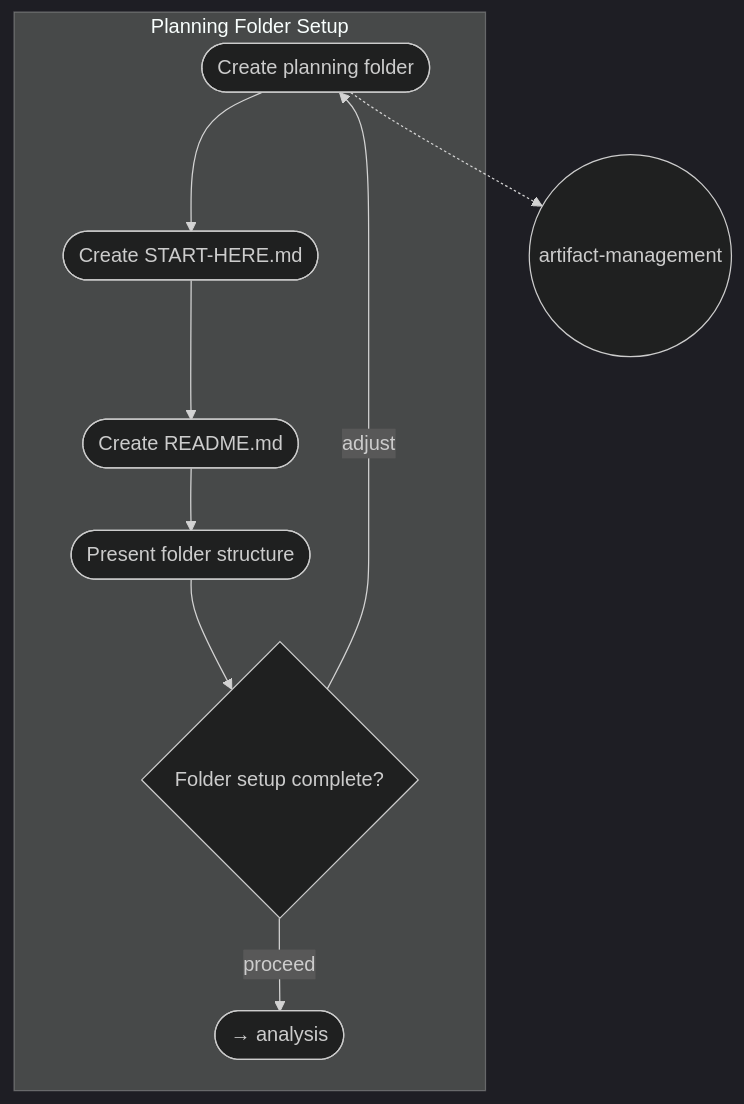
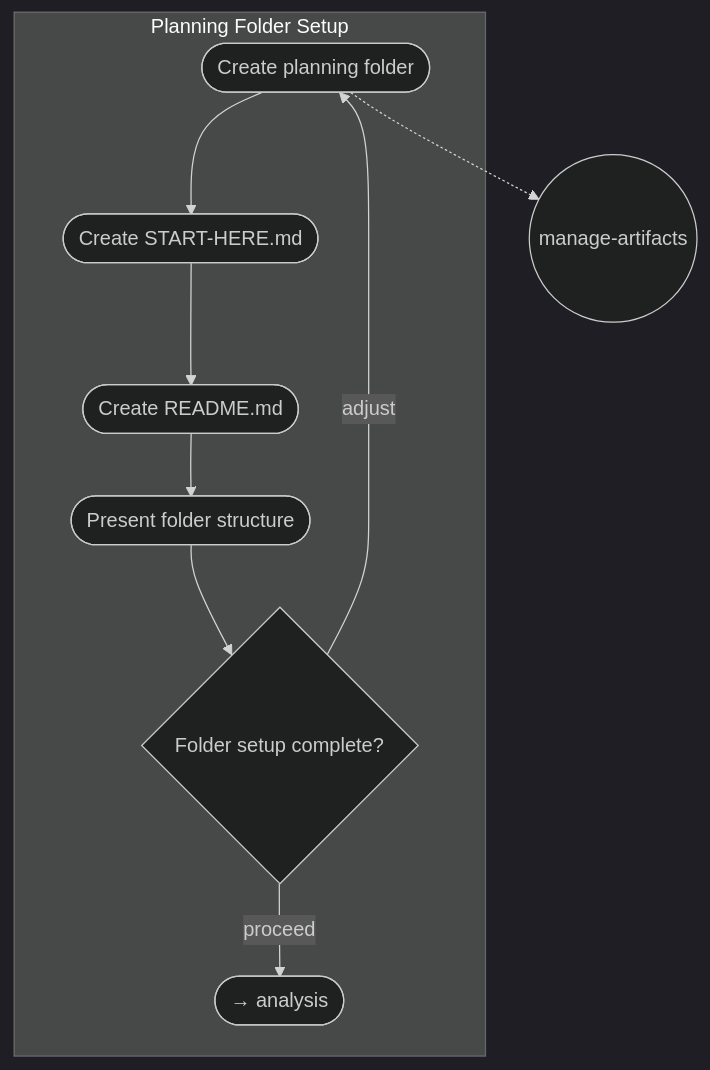
Before and after one commit to m2ux/workflow-server: the third of 8 diagrams in work-packages/README.md, drawn with Mermaid (dark theme). The commit also changed other lines of this file and 6 other files, not shown here.

````diff
--- a/work-packages/README.md
+++ b/work-packages/README.md
@@ -86,17 +86,17 @@
 ```mermaid
 graph TD
     subgraph folder-setup[Planning Folder Setup]
         f1([Create planning folder])
         f2([Create START-HERE.md])
         f3([Create README.md])
         f4([Present folder structure])
         cp1{Folder setup complete?}
         
         f1 --> f2 --> f3 --> f4 --> cp1
         cp1 -->|proceed| Next([→ analysis])
         cp1 -->|adjust| f1
     end
     
-    technique((artifact-management))
+    technique((manage-artifacts))
     f1 -.-> technique
 ```
````
